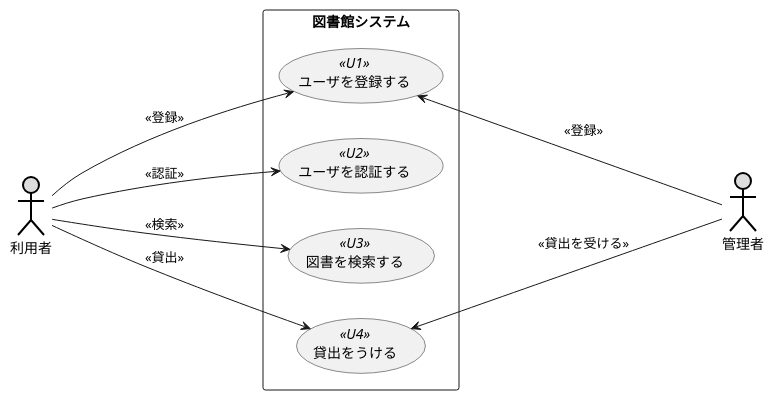
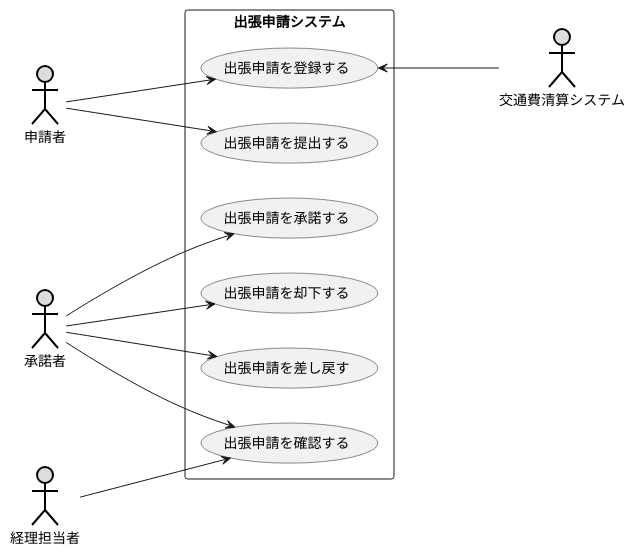
One commit to Skypeace8585/uml-introduction changed the diagram in 例題3_UC_図書館システム.pu. Above: the diagram before and after it, drawn with PlantUML. The commit also changed 1 other file, not shown here.

```diff
--- a/例題3_UC_図書館システム.pu
+++ b/例題3_UC_図書館システム.pu
@@ -1,17 +1,24 @@
-@startuml 例題3
+@startuml
 left to right direction
-actor 利用者 as user #DDDDDD;line:black;line.bold;
-actor 管理者 as admin #DDDDDD;line:black;line.bold;
-rectangle 図書館システム {
-usecase ユーザを登録する as T<< U1 >> 
-usecase ユーザを認証する << U2 >>
-usecase 図書を検索する << U3 >>
-usecase 貸出をうける << U4 >>
+actor 申請者 as user #DDDDDD;line:black;line.bold;
+actor 承諾者 as admin #DDDDDD;line:black;line.bold;
+actor 交通費清算システム as system #DDDDDD;line:black;line.bold;
+actor 経理担当者 as keiri #DDDDDD;line:black;line.bold;
+
+rectangle 出張申請システム {
+usecase 出張申請を登録する as A
+usecase 出張申請を提出する as B
+usecase 出張申請を承諾する as C
+usecase 出張申請を却下する as D
+usecase 出張申請を差し戻す as E
+usecase 出張申請を確認する as F
 }
-user--> T :<< 登録 >>
-user----> ユーザを認証する:<< 認証 >>
-user----> 図書を検索する:<< 検索 >>
-user----> 貸出をうける:<< 貸出 >>
-T <---- admin:<< 登録 >>
-貸出をうける <---- admin: << 貸出を受ける >>
+user---> A
+user---> B
+admin---> C
+admin---> D
+admin---> E
+admin---> F
+keiri---> F
+A <--- system
 @enduml
```
